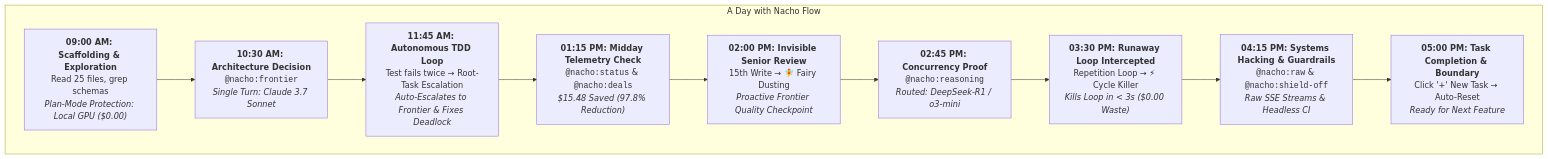
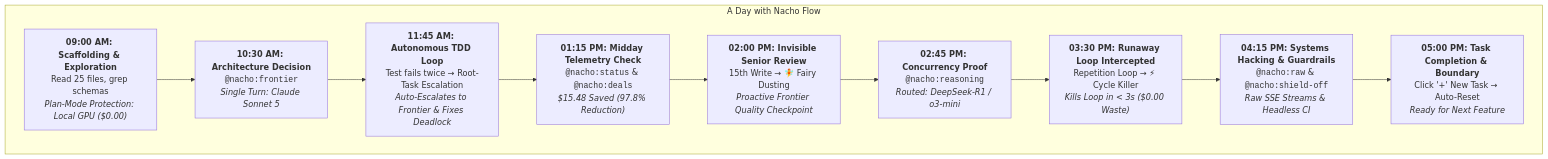
The diagram in docs/DAY_IN_THE_LIFE.md (dixieflatline76/nacho-flow), drawn with Mermaid before and after one commit. The commit also changed other lines of this file and 148 other files, not shown here.

````diff
--- a/docs/DAY_IN_THE_LIFE.md
+++ b/docs/DAY_IN_THE_LIFE.md
@@ -16,16 +16,16 @@
 ```mermaid
 flowchart TD
     subgraph Workday["A Day with Nacho Flow"]
         M1["<b>09:00 AM: Scaffolding & Exploration</b><br/>Read 25 files, grep schemas<br/><i>Plan-Mode Protection: Local GPU ($0.00)</i>"]
-        M2["<b>10:30 AM: Architecture Decision</b><br/><code>@nacho:frontier</code><br/><i>Single Turn: Claude 3.7 Sonnet</i>"]
+        M2["<b>10:30 AM: Architecture Decision</b><br/><code>@nacho:frontier</code><br/><i>Single Turn: Claude Sonnet 5</i>"]
         M3["<b>11:45 AM: Autonomous TDD Loop</b><br/>Test fails twice &rarr; Root-Task Escalation<br/><i>Auto-Escalates to Frontier & Fixes Deadlock</i>"]
         M4["<b>01:15 PM: Midday Telemetry Check</b><br/><code>@nacho:status</code> & <code>@nacho:deals</code><br/><i>$15.48 Saved (97.8% Reduction)</i>"]
         M5["<b>02:00 PM: Invisible Senior Review</b><br/>15th Write &rarr; 🧚 Fairy Dusting<br/><i>Proactive Frontier Quality Checkpoint</i>"]
         M6["<b>02:45 PM: Concurrency Proof</b><br/><code>@nacho:reasoning</code><br/><i>Routed: DeepSeek-R1 / o3-mini</i>"]
         M7["<b>03:30 PM: Runaway Loop Intercepted</b><br/>Repetition Loop &rarr; ⚡ Cycle Killer<br/><i>Kills Loop in &lt; 3s ($0.00 Waste)</i>"]
         M8["<b>04:15 PM: Systems Hacking & Guardrails</b><br/><code>@nacho:raw</code> & <code>@nacho:shield-off</code><br/><i>Raw SSE Streams & Headless CI</i>"]
         M9["<b>05:00 PM: Task Completion & Boundary</b><br/>Click '+' New Task &rarr; Auto-Reset<br/><i>Ready for Next Feature</i>"]
     end
 
     M1 --> M2 --> M3 --> M4 --> M5 --> M6 --> M7 --> M8 --> M9
 ```
````
